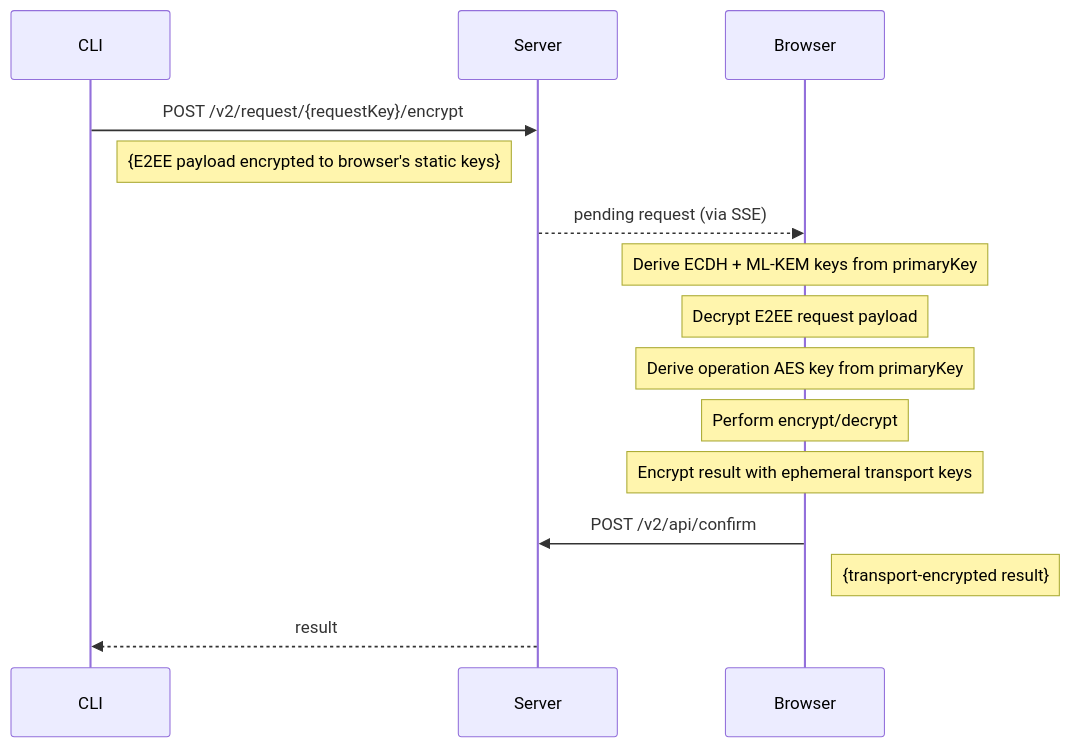
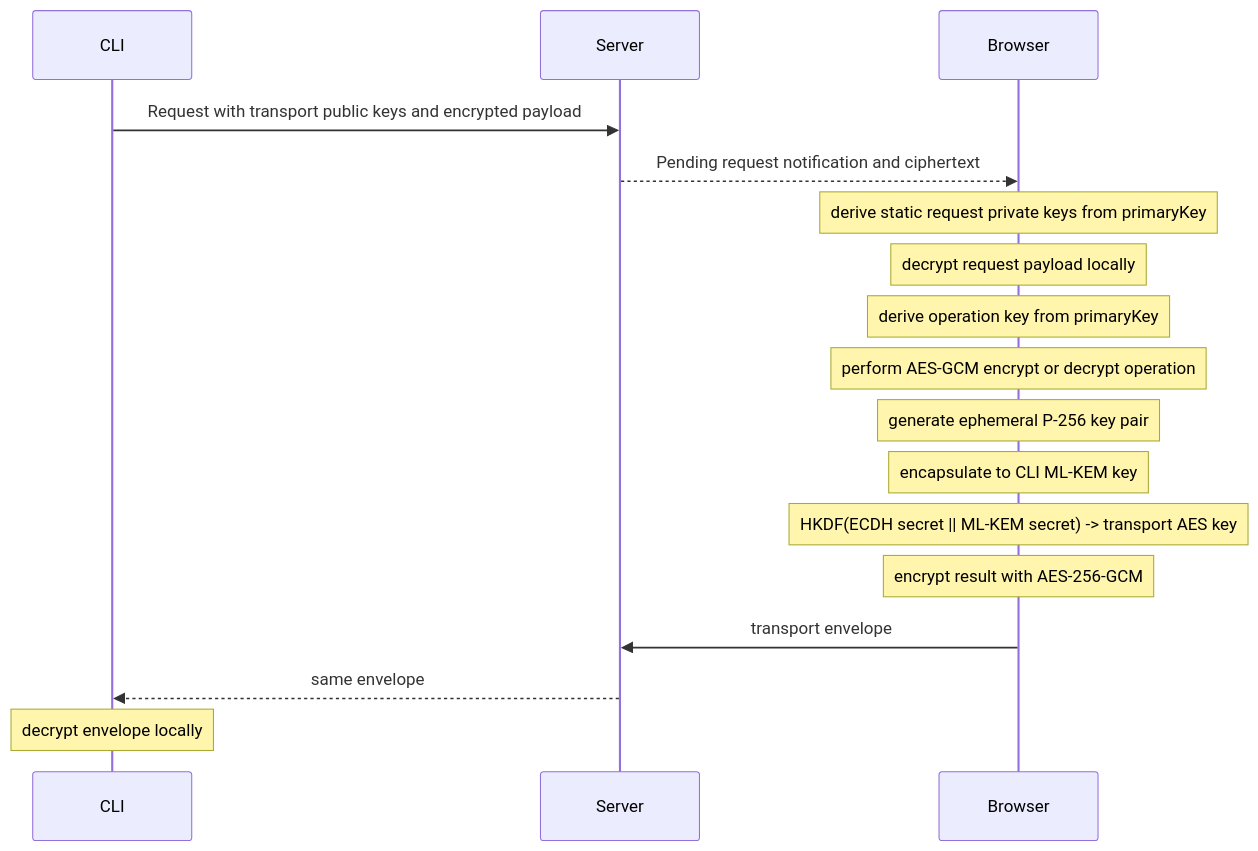
Before and after one commit to ItalyPaleAle/revaulter: the ninth of 9 diagrams in docs/06-crypto-architecture.md, drawn with Mermaid. The commit also changed other lines of this file and 1 other file, not shown here.

Commit message:
Updated doc with crypto architecture

````diff
--- a/docs/06-crypto-architecture.md
+++ b/docs/06-crypto-architecture.md
@@ -179,20 +423,20 @@
 ```mermaid
 sequenceDiagram
     participant CLI
     participant S as Server
     participant B as Browser
 
-    CLI->>S: POST /v2/request/{requestKey}/encrypt
-    Note right of CLI: {E2EE payload encrypted to browser's static keys}
-    S-->>B: pending request (via SSE)
-
-    Note over B: Derive ECDH + ML-KEM keys from primaryKey
-    Note over B: Decrypt E2EE request payload
-    Note over B: Derive operation AES key from primaryKey
-    Note over B: Perform encrypt/decrypt
-    Note over B: Encrypt result with ephemeral transport keys
-
-    B->>S: POST /v2/api/confirm
-    Note right of B: {transport-encrypted result}
-    S-->>CLI: result
+    CLI->>S: Request with transport public keys and encrypted payload
+    S-->>B: Pending request notification and ciphertext
+    Note over B: derive static request private keys from primaryKey
+    Note over B: decrypt request payload locally
+    Note over B: derive operation key from primaryKey
+    Note over B: perform AES-GCM encrypt or decrypt operation
+    Note over B: generate ephemeral P-256 key pair
+    Note over B: encapsulate to CLI ML-KEM key
+    Note over B: HKDF(ECDH secret || ML-KEM secret) -> transport AES key
+    Note over B: encrypt result with AES-256-GCM
+    B->>S: transport envelope
+    S-->>CLI: same envelope
+    Note over CLI: decrypt envelope locally
 ```
````
